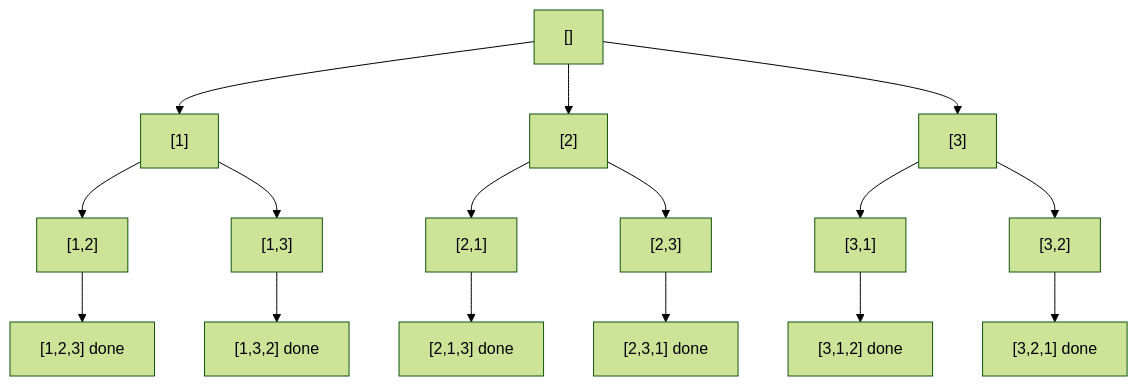
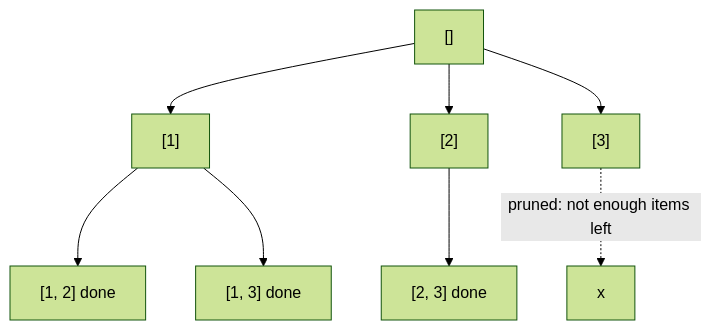
One commit to amendez13/swe-study-guide changed the third of 4 diagrams in content/07_Data_Structures_and_Algorithms/11_Problem_Solving_Patterns/concepts.md. Above: the diagram before and after it, drawn with Mermaid (forest theme). The commit also changed other lines of this file and 2 other files, not shown here.

````diff
--- a/content/07_Data_Structures_and_Algorithms/11_Problem_Solving_Patterns/concepts.md
+++ b/content/07_Data_Structures_and_Algorithms/11_Problem_Solving_Patterns/concepts.md
@@ -196,24 +441,10 @@
 ```mermaid
 graph TD
-    Root["[]"] --> A["[1]"]
-    Root --> B["[2]"]
-    Root --> C["[3]"]
-
-    A --> A1["[1,2]"]
-    A --> A2["[1,3]"]
-
-    A1 --> A1a["[1,2,3] done"]
-    A2 --> A2a["[1,3,2] done"]
-
-    B --> B1["[2,1]"]
-    B --> B2["[2,3]"]
-
-    B1 --> B1a["[2,1,3] done"]
-    B2 --> B2a["[2,3,1] done"]
-
-    C --> C1["[3,1]"]
-    C --> C2["[3,2]"]
-
-    C1 --> C1a["[3,1,2] done"]
-    C2 --> C2a["[3,2,1] done"]
+    R["[]"] --> A["[1]"]
+    R --> B["[2]"]
+    R --> C["[3]"]
+    A --> A2["[1, 2] done"]
+    A --> A3["[1, 3] done"]
+    B --> B3["[2, 3] done"]
+    C -. "pruned: not enough items left" .-> X["x"]
 ```
````
